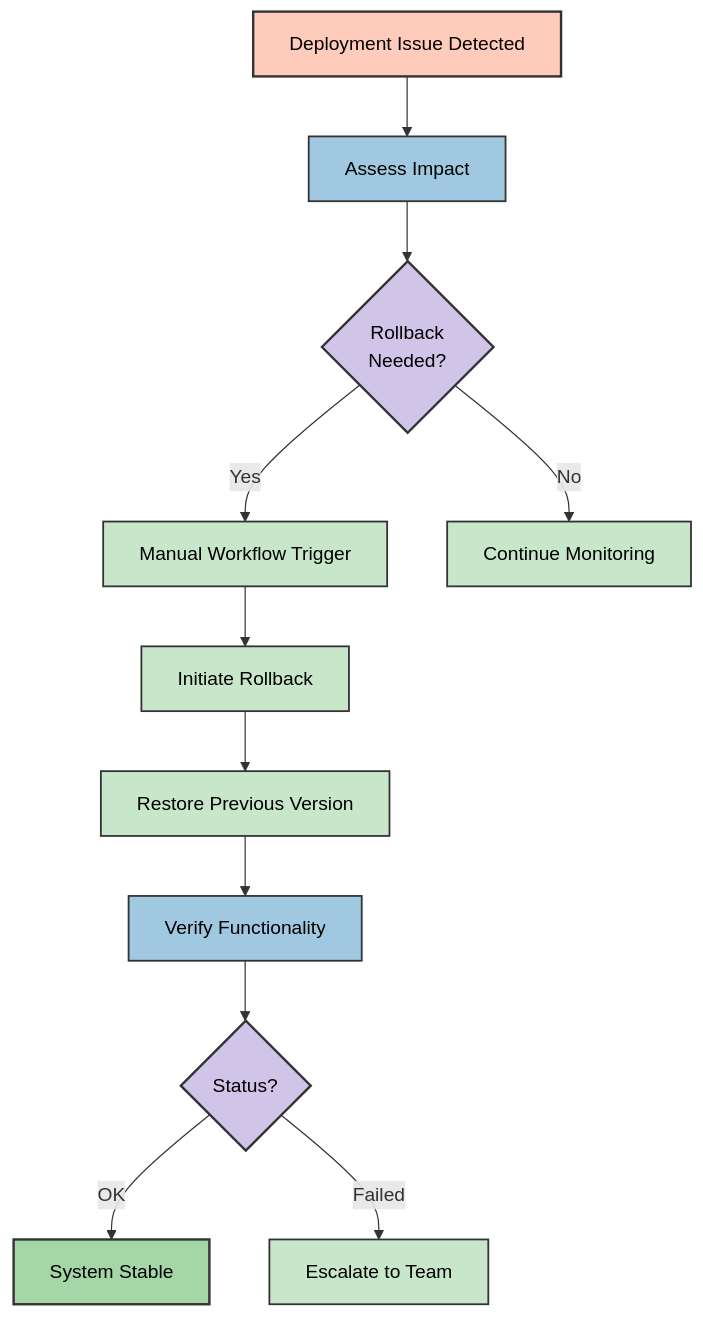
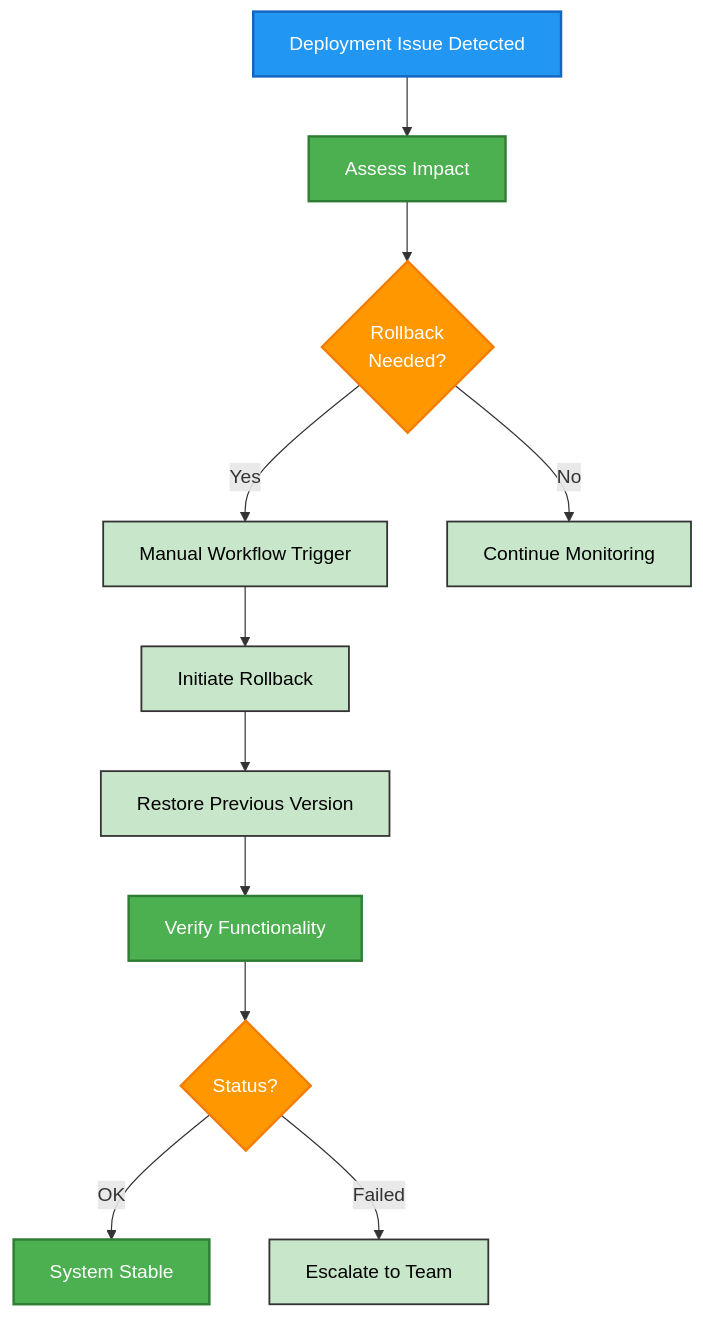
One commit to Hack23/cia-compliance-manager changed diagram 12 of 13 in docs/architecture/WORKFLOWS.md. Above: the diagram before and after it, drawn with Mermaid. The commit also changed other lines of this file and 18 other files, not shown here.

First line of the commit message:
style: update all classDef colors to ISMS style guide palette and fix quadrant charts

````diff
--- a/docs/architecture/WORKFLOWS.md
+++ b/docs/architecture/WORKFLOWS.md
@@ -1274,25 +1274,25 @@
 ```mermaid
 flowchart TD
     Issue[Deployment Issue Detected] --> Assess[Assess Impact]
     Assess --> Decision{Rollback<br>Needed?}
     Decision -->|Yes| Manual[Manual Workflow Trigger]
     Decision -->|No| Monitor[Continue Monitoring]
     Manual --> Rollback[Initiate Rollback]
     Rollback --> PrevVersion[Restore Previous Version]
     PrevVersion --> VerifyHealth[Verify Functionality]
     VerifyHealth --> Healthy{Status?}
     Healthy -->|OK| Stable[System Stable]
     Healthy -->|Failed| Escalate[Escalate to Team]
     
-    classDef issueNode fill:#ffccbc,stroke:#333,stroke-width:2px,color:black
-    classDef processNode fill:#a0c8e0,stroke:#333,stroke-width:1.5px,color:black
-    classDef decisionNode fill:#d1c4e9,stroke:#333,stroke-width:2px,color:black
+    classDef issueNode fill:#2196F3,stroke:#1565C0,stroke-width:2px,color:#ffffff
+    classDef processNode fill:#4CAF50,stroke:#2E7D32,stroke-width:2px,color:#ffffff
+    classDef decisionNode fill:#FF9800,stroke:#F57C00,stroke-width:2px,color:#ffffff
     classDef actionNode fill:#c8e6c9,stroke:#333,stroke-width:1.5px,color:black
-    classDef successNode fill:#a5d6a7,stroke:#333,stroke-width:2px,color:black
+    classDef successNode fill:#4CAF50,stroke:#2E7D32,stroke-width:2px,color:#ffffff
     
     class Issue issueNode
     class Assess,VerifyHealth processNode
     class Decision,Healthy decisionNode
     class Manual,Rollback,PrevVersion,Monitor,Escalate actionNode
     class Stable successNode
 ```
````
